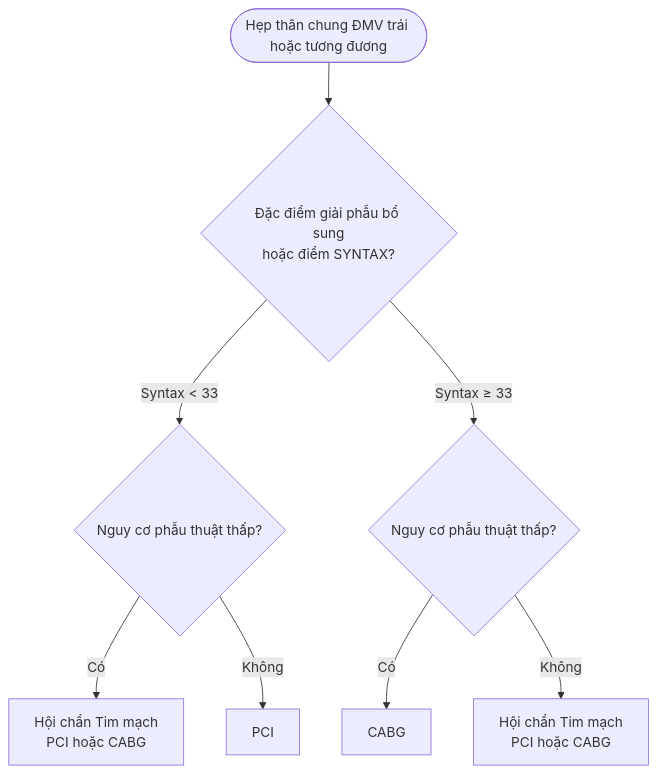
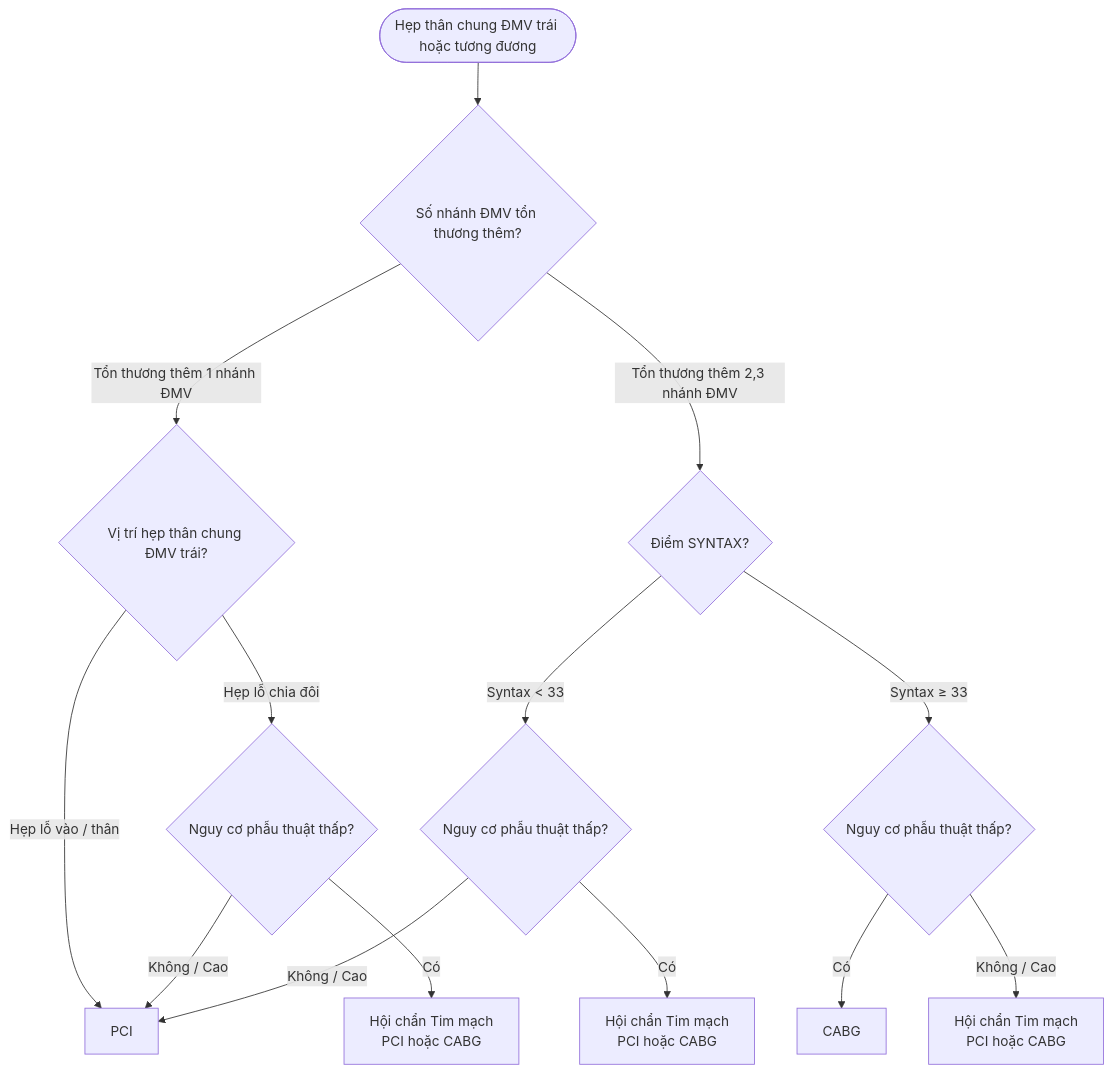
The fifth of 5 diagrams in markdown_docs/REF_MOH_2023_QD2248.md (MedPassVN/vn-medical-reference-library), drawn with Mermaid before and after one commit. The commit also changed other lines of this file and 11 other files, not shown here.

````diff
--- a/markdown_docs/REF_MOH_2023_QD2248.md
+++ b/markdown_docs/REF_MOH_2023_QD2248.md
@@ -735,12 +736,19 @@
 ```mermaid
 flowchart TD
-    Start([Hẹp thân chung ĐMV trái hoặc tương đương]) --> Q1{Đặc điểm giải phẫu bổ sung<br>hoặc điểm SYNTAX?}
+    Start([Hẹp thân chung ĐMV trái hoặc tương đương]) --> Q1{Số nhánh ĐMV tổn thương thêm?}
     
-    Q1 -- "Syntax < 33" --> Q2{Nguy cơ phẫu thuật thấp?}
-    Q2 -- Có --> HeartTeam1[Hội chẩn Tim mạch<br>PCI hoặc CABG]
-    Q2 -- Không --> PCI
+    Q1 -- "Tổn thương thêm 1 nhánh ĐMV" --> Q2{Vị trí hẹp thân chung ĐMV trái?}
+    Q2 -- "Hẹp lỗ vào / thân" --> PCI[PCI]
+    Q2 -- "Hẹp lỗ chia đôi" --> Q3{Nguy cơ phẫu thuật thấp?}
+    Q3 -- Có --> HeartTeam1[Hội chẩn Tim mạch<br>PCI hoặc CABG]
+    Q3 -- Không / Cao --> PCI
     
-    Q1 -- "Syntax ≥ 33" --> Q3{Nguy cơ phẫu thuật thấp?}
-    Q3 -- Có --> CABG[CABG]
-    Q3 -- Không --> HeartTeam2[Hội chẩn Tim mạch<br>PCI hoặc CABG]
+    Q1 -- "Tổn thương thêm 2,3 nhánh ĐMV" --> Q4{Điểm SYNTAX?}
+    Q4 -- "Syntax < 33" --> Q5{Nguy cơ phẫu thuật thấp?}
+    Q5 -- Có --> HeartTeam2[Hội chẩn Tim mạch<br>PCI hoặc CABG]
+    Q5 -- Không / Cao --> PCI
+    
+    Q4 -- "Syntax ≥ 33" --> Q6{Nguy cơ phẫu thuật thấp?}
+    Q6 -- Có --> CABG[CABG]
+    Q6 -- Không / Cao --> HeartTeam3[Hội chẩn Tim mạch<br>PCI hoặc CABG]
 ```
````
